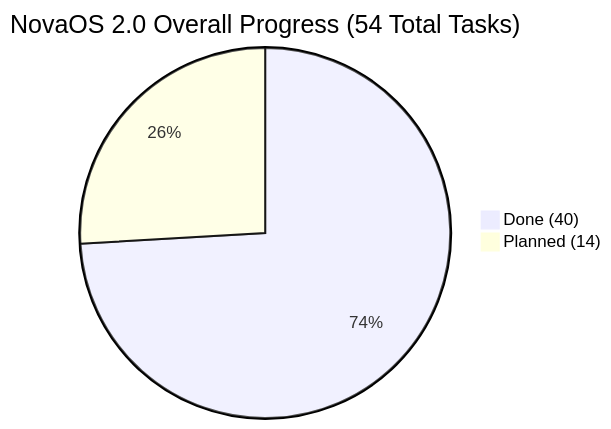
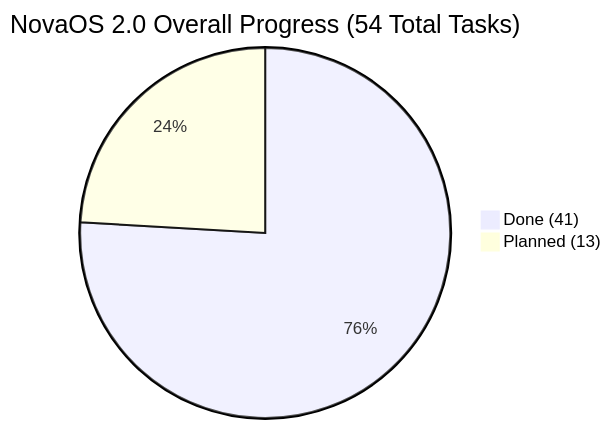
Before and after one commit to firoze-hossain/novaos: the diagram in NovaOS_Build_Plan.md, drawn with Mermaid. The commit also changed other lines of this file and 27 other files, not shown here.

````diff
--- a/NovaOS_Build_Plan.md
+++ b/NovaOS_Build_Plan.md
@@ -9,5 +9,5 @@
 ```mermaid
 pie title NovaOS 2.0 Overall Progress (54 Total Tasks)
-    "Done (40)" : 40
-    "Planned (14)" : 14
+    "Done (41)" : 41
+    "Planned (13)" : 13
 ```
````
